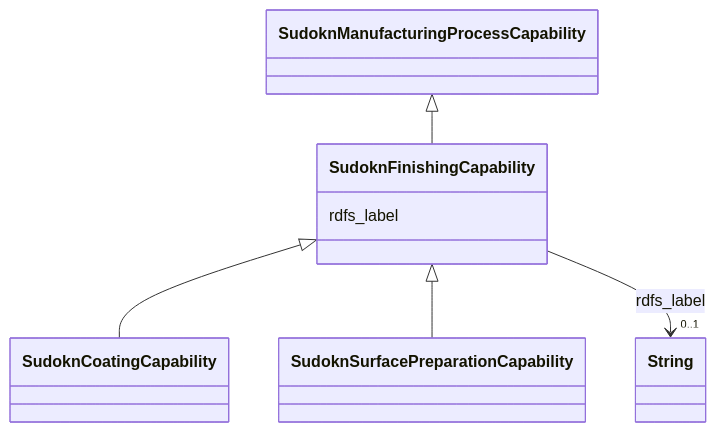
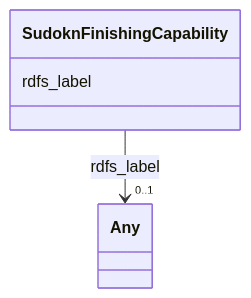
The diagram in sudokn-kg/classes/SudoknFinishingCapability.md (frink-okn/graph-descriptions), drawn with Mermaid before and after one commit. The commit also changed other lines of this file and 903 other files, not shown here.

````diff
--- a/sudokn-kg/classes/SudoknFinishingCapability.md
+++ b/sudokn-kg/classes/SudoknFinishingCapability.md
@@ -23,25 +18,15 @@
 ```mermaid
  classDiagram
     class SudoknFinishingCapability
     click SudoknFinishingCapability href "../SudoknFinishingCapability"
-      SudoknManufacturingProcessCapability <|-- SudoknFinishingCapability
-        click SudoknManufacturingProcessCapability href "../SudoknManufacturingProcessCapability"
-      
-
-      SudoknFinishingCapability <|-- SudoknCoatingCapability
-        click SudoknCoatingCapability href "../SudoknCoatingCapability"
-      SudoknFinishingCapability <|-- SudoknSurfacePreparationCapability
-        click SudoknSurfacePreparationCapability href "../SudoknSurfacePreparationCapability"
-      
-      
       SudoknFinishingCapability : rdfs_label
         
           
     
     
-    SudoknFinishingCapability --> "0..1" String : rdfs_label
-    click String href "../String"
+    SudoknFinishingCapability --> "0..1" Any : rdfs_label
+    click Any href "../Any"
 
         
       
 ```
````
